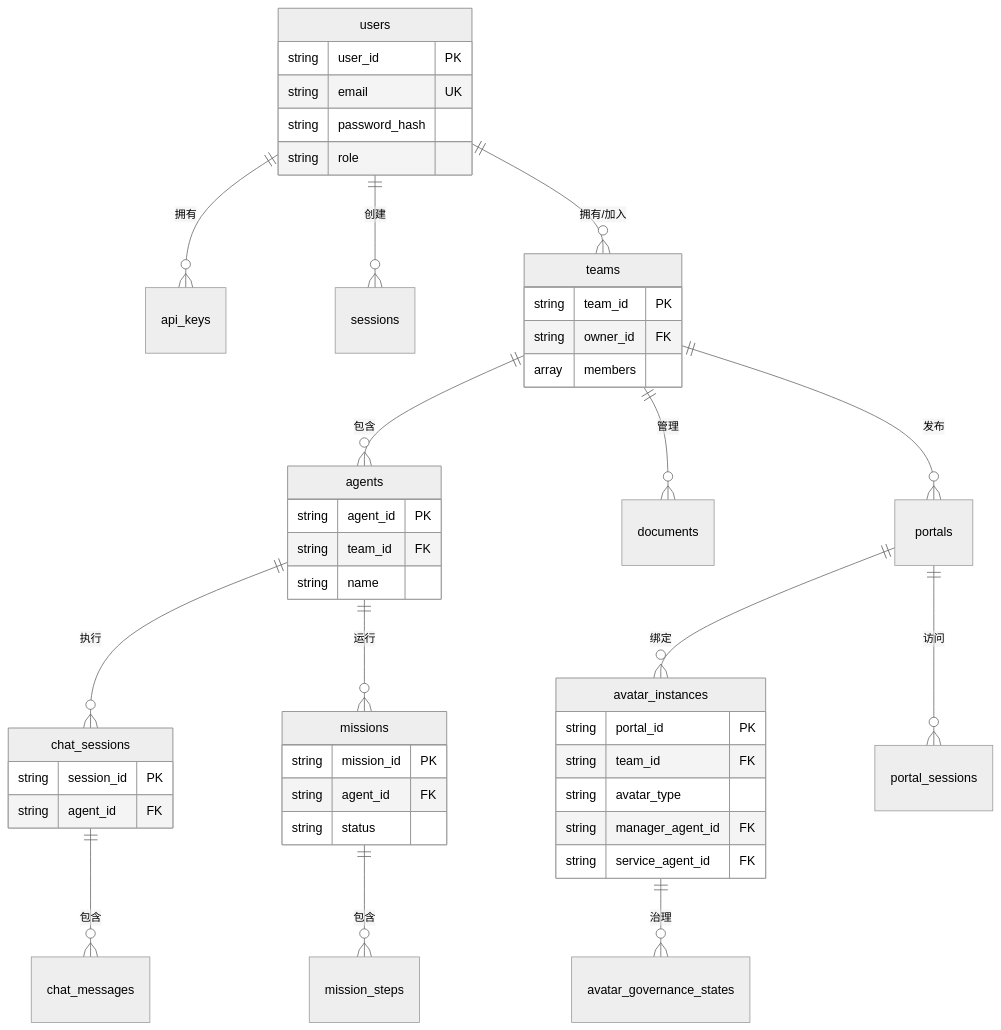
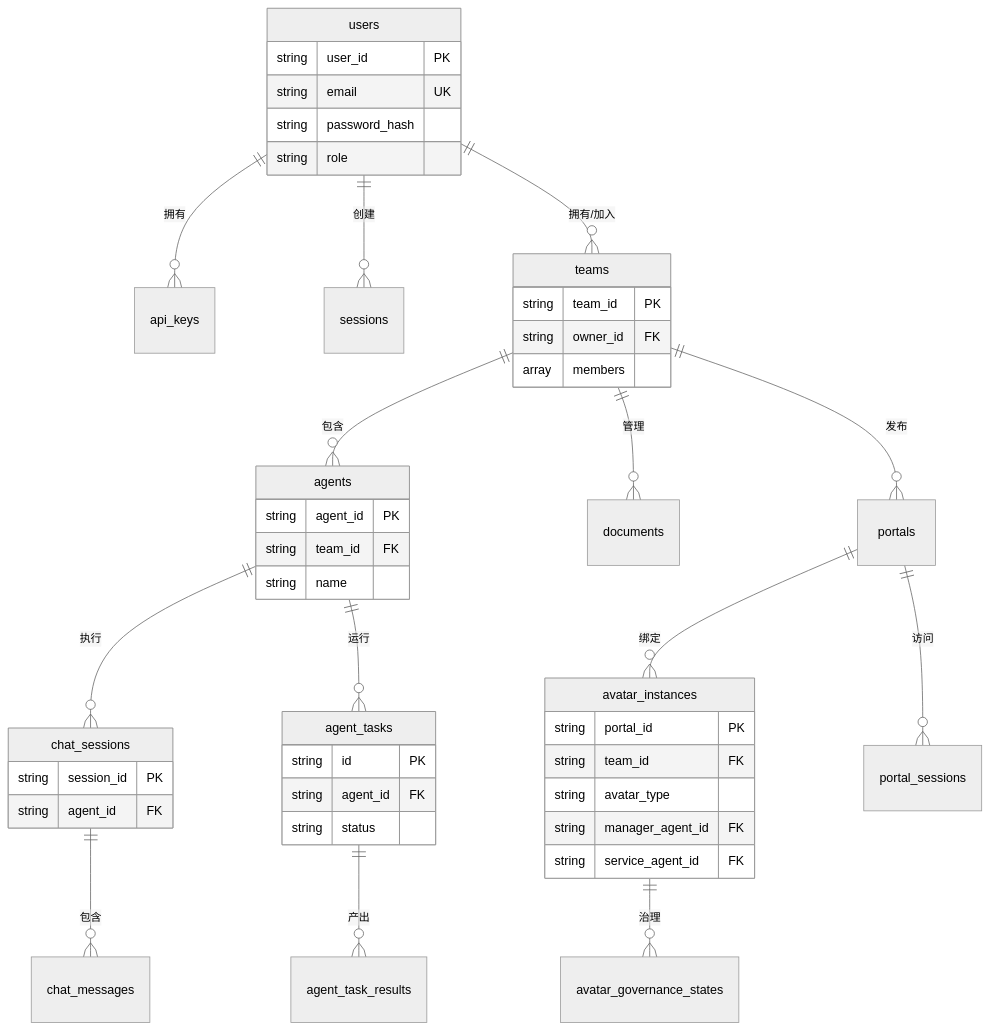
Before and after one commit to jsjm1986/AGIME: the diagram in docs/DATABASE_SCHEMA.md, drawn with Mermaid (neutral theme). The commit also changed other lines of this file and 18 other files, not shown here.

````diff
--- a/docs/DATABASE_SCHEMA.md
+++ b/docs/DATABASE_SCHEMA.md
@@ -9,54 +9,54 @@
 ```mermaid
 erDiagram
     users ||--o{ api_keys : "拥有"
     users ||--o{ sessions : "创建"
     users ||--o{ teams : "拥有/加入"
     teams ||--o{ agents : "包含"
     teams ||--o{ documents : "管理"
     teams ||--o{ portals : "发布"
     portals ||--o{ avatar_instances : "绑定"
     avatar_instances ||--o{ avatar_governance_states : "治理"
     agents ||--o{ chat_sessions : "执行"
-    agents ||--o{ missions : "运行"
+    agents ||--o{ agent_tasks : "运行"
     chat_sessions ||--o{ chat_messages : "包含"
-    missions ||--o{ mission_steps : "包含"
+    agent_tasks ||--o{ agent_task_results : "产出"
     portals ||--o{ portal_sessions : "访问"
 
     users {
         string user_id PK
         string email UK
         string password_hash
         string role
     }
 
     teams {
         string team_id PK
         string owner_id FK
         array members
     }
 
     agents {
         string agent_id PK
         string team_id FK
         string name
     }
 
     avatar_instances {
         string portal_id PK
         string team_id FK
         string avatar_type
         string manager_agent_id FK
         string service_agent_id FK
     }
 
     chat_sessions {
         string session_id PK
         string agent_id FK
     }
 
-    missions {
-        string mission_id PK
+    agent_tasks {
+        string id PK
         string agent_id FK
         string status
     }
 ```
````
